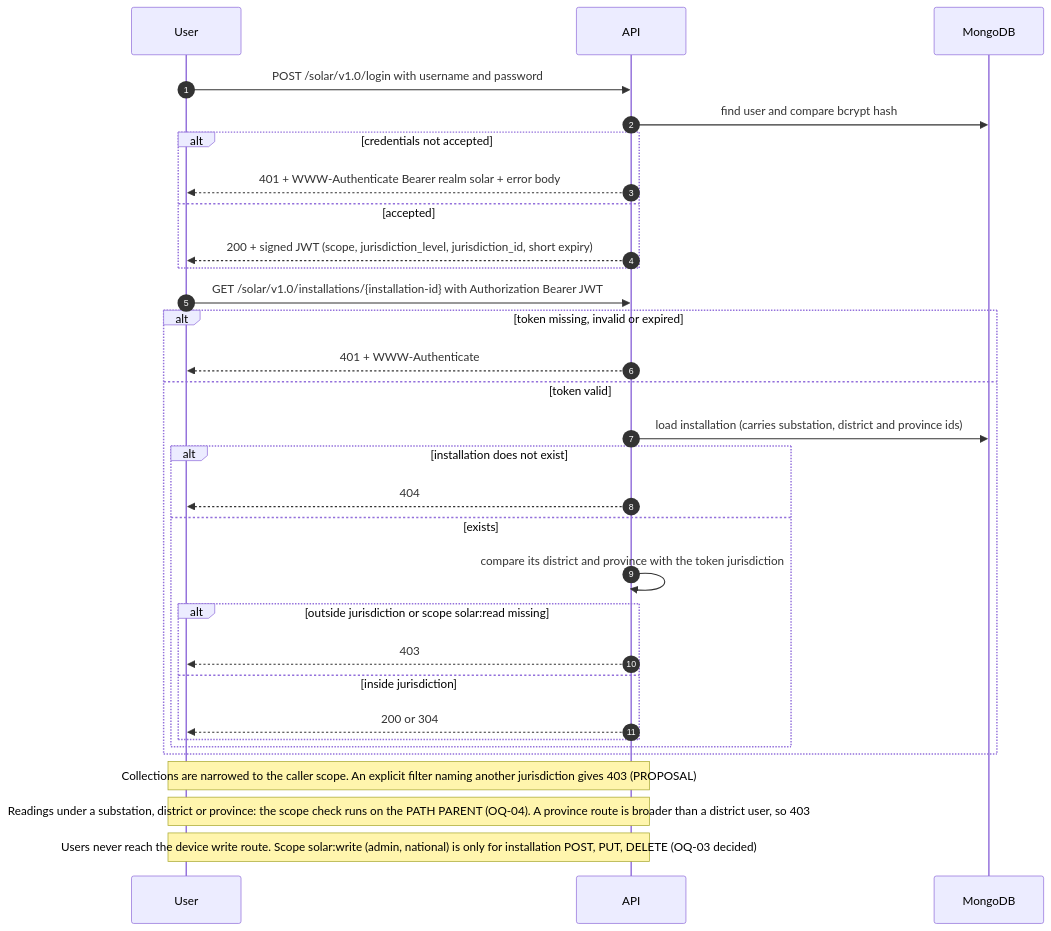
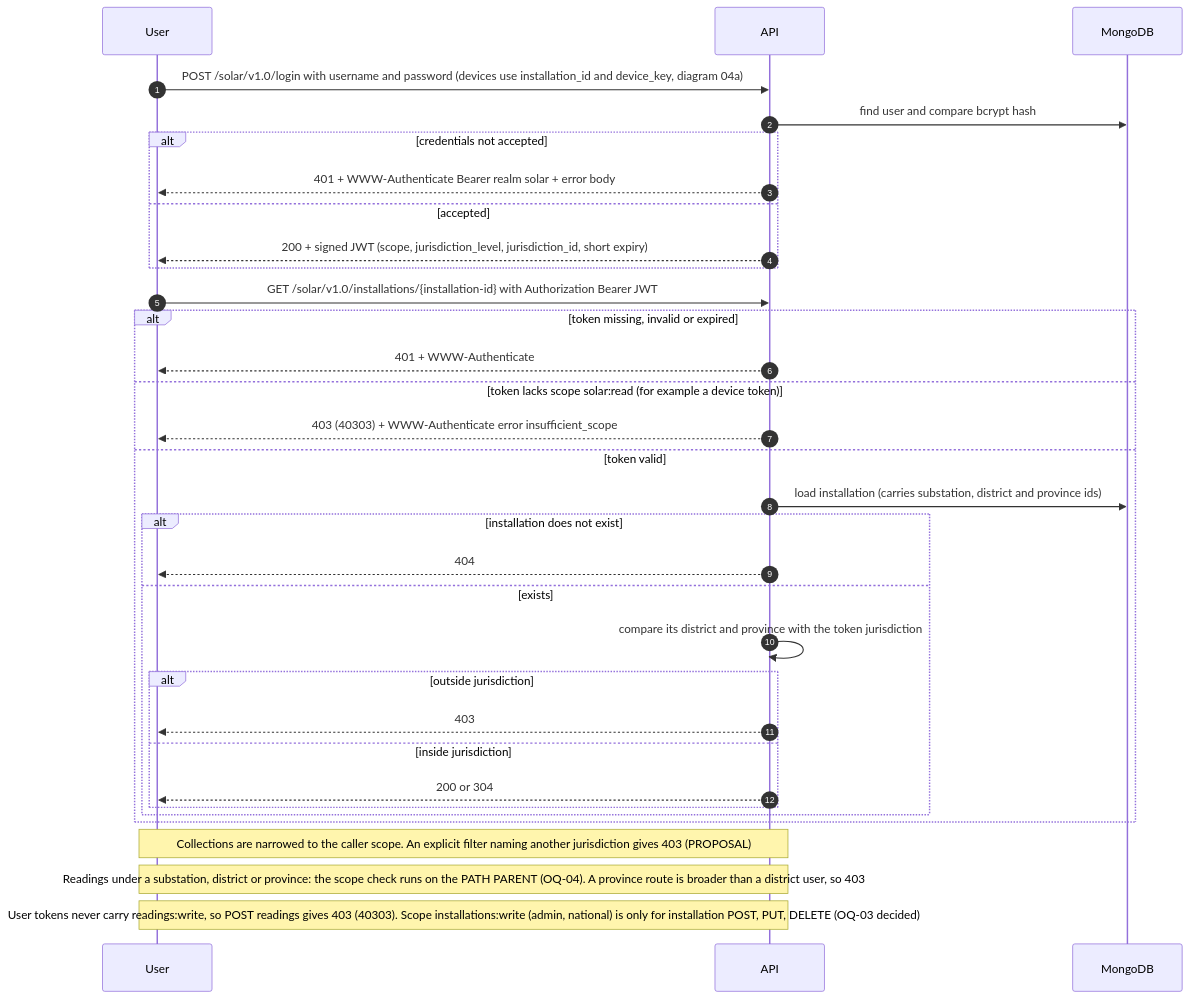
The diagram in docs/design/diagrams/04b-auth-user-read.mmd (hashiniRanasinghe/solar-api), drawn with Mermaid before and after one commit. The commit also changed 26 other files, not shown here.

Commit message:
feat(auth): device JWT via /login (client credentials) and scope enforcement on every route

```diff
--- a/docs/design/diagrams/04b-auth-user-read.mmd
+++ b/docs/design/diagrams/04b-auth-user-read.mmd
@@ -1,35 +1,37 @@
 %% 04b-auth-user-read.mmd - Authentication and authorization: user login and jurisdiction-scoped read
 %% Basis: BRIEF §2, §5 (jurisdiction-scoped reads); WP §12.2 (bearer token with scopes), §9; LEC S7 (403 for another jurisdiction)
 %% Decisions: my-decisions §10. JWT + POST /login confirmed by you. Scope rules, collection narrowing and
 %% parent-record visibility are PROPOSALS. Own JWT, NOT a full OAuth flow.
 sequenceDiagram
   autonumber
   participant U as User
   participant A as API
   participant DB as MongoDB
-  U->>A: POST /solar/v1.0/login with username and password
+  U->>A: POST /solar/v1.0/login with username and password (devices use installation_id and device_key, diagram 04a)
   A->>DB: find user and compare bcrypt hash
   alt credentials not accepted
     A-->>U: 401 + WWW-Authenticate Bearer realm solar + error body
   else accepted
     A-->>U: 200 + signed JWT (scope, jurisdiction_level, jurisdiction_id, short expiry)
   end
   U->>A: GET /solar/v1.0/installations/{installation-id} with Authorization Bearer JWT
   alt token missing, invalid or expired
     A-->>U: 401 + WWW-Authenticate
+  else token lacks scope solar:read (for example a device token)
+    A-->>U: 403 (40303) + WWW-Authenticate error insufficient_scope
   else token valid
     A->>DB: load installation (carries substation, district and province ids)
     alt installation does not exist
       A-->>U: 404
     else exists
       A->>A: compare its district and province with the token jurisdiction
-      alt outside jurisdiction or scope solar:read missing
+      alt outside jurisdiction
         A-->>U: 403
       else inside jurisdiction
         A-->>U: 200 or 304
       end
     end
   end
   Note over U,A: Collections are narrowed to the caller scope. An explicit filter naming another jurisdiction gives 403 (PROPOSAL)
   Note over U,A: Readings under a substation, district or province: the scope check runs on the PATH PARENT (OQ-04). A province route is broader than a district user, so 403
-  Note over U,A: Users never reach the device write route. Scope solar:write (admin, national) is only for installation POST, PUT, DELETE (OQ-03 decided)
+  Note over U,A: User tokens never carry readings:write, so POST readings gives 403 (40303). Scope installations:write (admin, national) is only for installation POST, PUT, DELETE (OQ-03 decided)
```
